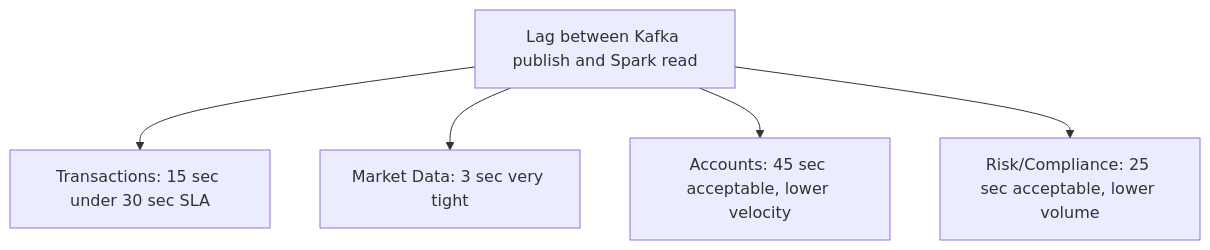
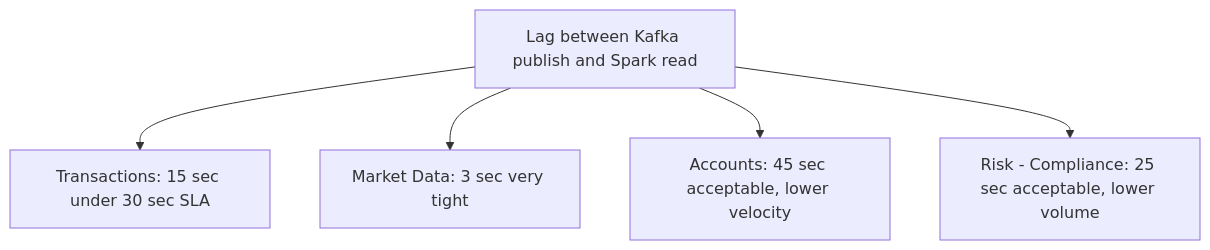
One commit to naren-chakraview/chakraview-fintech-data-mesh changed the fifth of 7 diagrams in docs/platform/observability.md. Above: the diagram before and after it, drawn with Mermaid. The commit also changed other lines of this file and 21 other files, not shown here.

First line of the commit message:
Fix mermaid diagram rendering issues in fintech data mesh documentation

````diff
--- a/docs/platform/observability.md
+++ b/docs/platform/observability.md
@@ -164,8 +164,8 @@
 ```mermaid
 graph TD
     A["Lag between Kafka publish and Spark read"]
     A --> A1["Transactions: 15 sec under 30 sec SLA"]
     A --> A2["Market Data: 3 sec very tight"]
     A --> A3["Accounts: 45 sec acceptable, lower velocity"]
-    A --> A4["Risk/Compliance: 25 sec acceptable, lower volume"]
+    A --> A4["Risk - Compliance: 25 sec acceptable, lower volume"]
 ```
````
